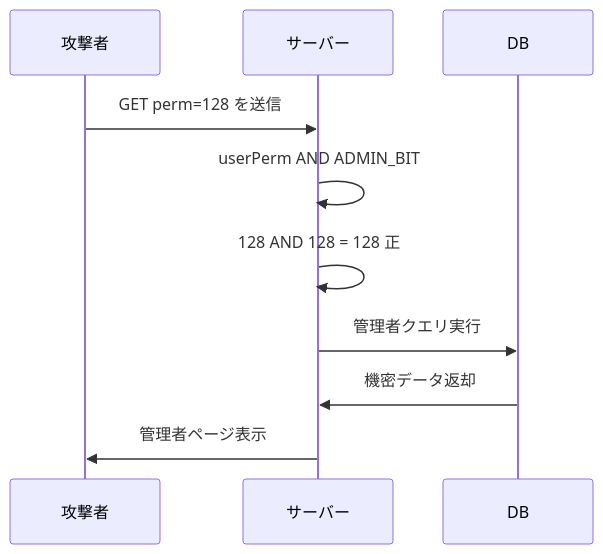
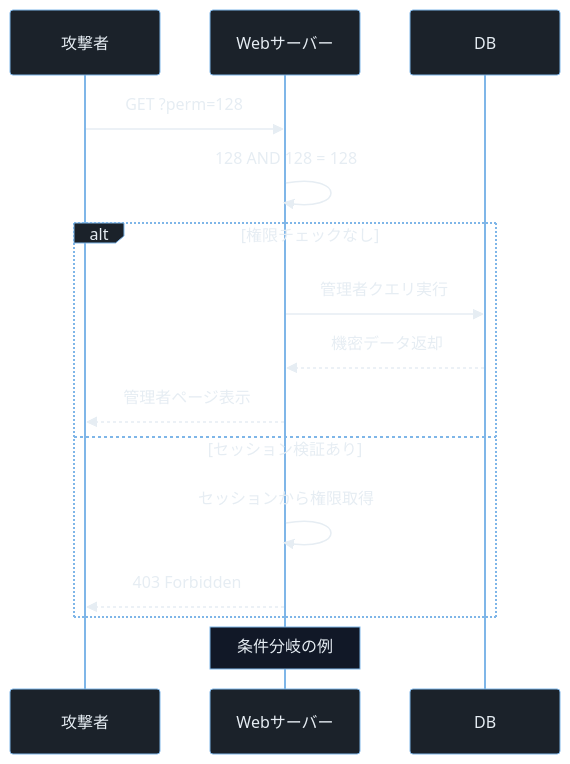
One commit to Omni-lab26/recon0x-content changed the fourth of 4 diagrams in articles/binary-hex-bitwise/index.md. Above: the diagram before and after it, drawn with Mermaid. The commit also changed other lines of this file, not shown here.

````diff
--- a/articles/binary-hex-bitwise/index.md
+++ b/articles/binary-hex-bitwise/index.md
@@ -112,13 +169,19 @@
 ```mermaid
+%%{init: {"theme":"base","themeVariables":{"background":"#0b1117","primaryColor":"#1b222a","primaryBorderColor":"#7fb6e8","primaryTextColor":"#e6edf3","lineColor":"#9db6c9","actorBkg":"#1b222a","actorBorder":"#7fb6e8","actorTextColor":"#e6edf3","activationBkgColor":"#1b222a","activationBorderColor":"#7fb6e8","sequenceNumberColor":"#e6edf3","noteBkgColor":"#111827","noteTextColor":"#e6edf3","noteBorderColor":"#7fb6e8"}}}%%
 sequenceDiagram
     participant A as 攻撃者
-    participant S as サーバー
+    participant S as Webサーバー
     participant D as DB
 
-    A->>S: GET perm=128 を送信
-    S->>S: userPerm AND ADMIN_BIT
-    S->>S: 128 AND 128 = 128 正
-    S->>D: 管理者クエリ実行
-    D->>S: 機密データ返却
-    S->>A: 管理者ページ表示
+    A->>S: GET ?perm=128
+    S->>S: 128 AND 128 = 128
+    alt 権限チェックなし
+        S->>D: 管理者クエリ実行
+        D-->>S: 機密データ返却
+        S-->>A: 管理者ページ表示
+    else セッション検証あり
+        S->>S: セッションから権限取得
+        S-->>A: 403 Forbidden
+    end
+    Note over S: 条件分岐の例
 ```
````
